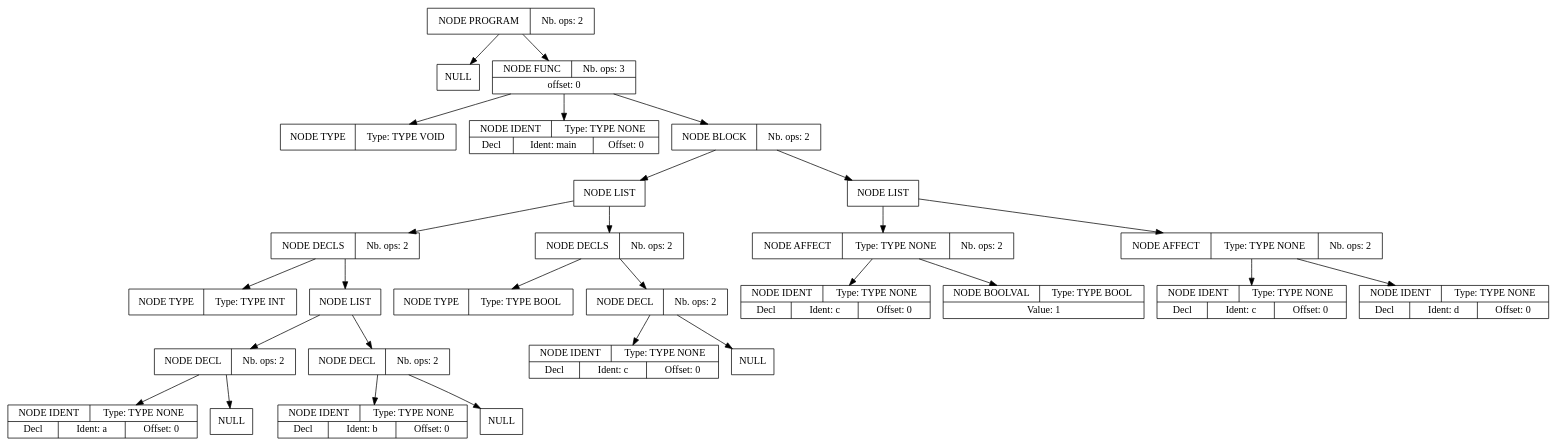
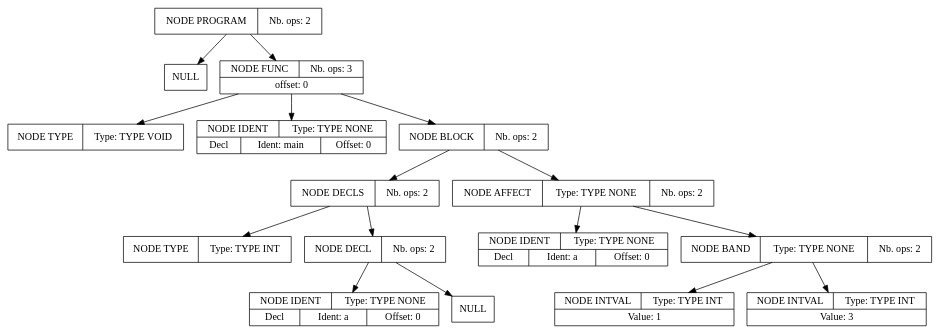
Before and after one commit to lizzidr/compilation_project: the diagram in apres_syntaxe.dot, drawn with Graphviz. The commit also changed 24 other files, not shown here.

```diff
--- a/apres_syntaxe.dot
+++ b/apres_syntaxe.dot
@@ -1,84 +1,48 @@
 digraph global_vars {
     N1 [shape=record, label="{{NODE PROGRAM|Nb. ops: 2}}"];
     N2 [shape=record, label="{{NULL}}"];
     edge[tailclip=true];
     N1 -> N2
     N3 [shape=record, label="{{NODE FUNC|Nb. ops: 3}|{offset: 0}}"];
     N4 [shape=record, label="{{NODE TYPE|Type: TYPE VOID}}"];
     edge[tailclip=true];
     N3 -> N4
     N5 [shape=record, label="{{NODE IDENT|Type: TYPE NONE}|{<decl>Decl      |Ident: main|Offset: 0}}"];
     edge[tailclip=true];
     N3 -> N5
     N6 [shape=record, label="{{NODE BLOCK|Nb. ops: 2}}"];
-    N7 [shape=record, label="{{NODE LIST}}"];
-    N8 [shape=record, label="{{NODE DECLS|Nb. ops: 2}}"];
-    N9 [shape=record, label="{{NODE TYPE|Type: TYPE INT}}"];
+    N7 [shape=record, label="{{NODE DECLS|Nb. ops: 2}}"];
+    N8 [shape=record, label="{{NODE TYPE|Type: TYPE INT}}"];
     edge[tailclip=true];
-    N8 -> N9
-    N10 [shape=record, label="{{NODE LIST}}"];
-    N11 [shape=record, label="{{NODE DECL|Nb. ops: 2}}"];
-    N12 [shape=record, label="{{NODE IDENT|Type: TYPE NONE}|{<decl>Decl      |Ident: a|Offset: 0}}"];
+    N7 -> N8
+    N9 [shape=record, label="{{NODE DECL|Nb. ops: 2}}"];
+    N10 [shape=record, label="{{NODE IDENT|Type: TYPE NONE}|{<decl>Decl      |Ident: a|Offset: 0}}"];
     edge[tailclip=true];
-    N11 -> N12
-    N13 [shape=record, label="{{NULL}}"];
+    N9 -> N10
+    N11 [shape=record, label="{{NULL}}"];
     edge[tailclip=true];
-    N11 -> N13
+    N9 -> N11
     edge[tailclip=true];
-    N10 -> N11
-    N14 [shape=record, label="{{NODE DECL|Nb. ops: 2}}"];
-    N15 [shape=record, label="{{NODE IDENT|Type: TYPE NONE}|{<decl>Decl      |Ident: b|Offset: 0}}"];
+    N7 -> N9
+    edge[tailclip=true];
+    N6 -> N7
+    N12 [shape=record, label="{{NODE AFFECT|Type: TYPE NONE|Nb. ops: 2}}"];
+    N13 [shape=record, label="{{NODE IDENT|Type: TYPE NONE}|{<decl>Decl      |Ident: a|Offset: 0}}"];
+    edge[tailclip=true];
+    N12 -> N13
+    N14 [shape=record, label="{{NODE BAND|Type: TYPE NONE|Nb. ops: 2}}"];
+    N15 [shape=record, label="{{NODE INTVAL|Type: TYPE INT}|{Value: 1}}"];
     edge[tailclip=true];
     N14 -> N15
-    N16 [shape=record, label="{{NULL}}"];
+    N16 [shape=record, label="{{NODE INTVAL|Type: TYPE INT}|{Value: 3}}"];
     edge[tailclip=true];
     N14 -> N16
     edge[tailclip=true];
-    N10 -> N14
+    N12 -> N14
     edge[tailclip=true];
-    N8 -> N10
-    edge[tailclip=true];
-    N7 -> N8
-    N17 [shape=record, label="{{NODE DECLS|Nb. ops: 2}}"];
-    N18 [shape=record, label="{{NODE TYPE|Type: TYPE BOOL}}"];
-    edge[tailclip=true];
-    N17 -> N18
-    N19 [shape=record, label="{{NODE DECL|Nb. ops: 2}}"];
-    N20 [shape=record, label="{{NODE IDENT|Type: TYPE NONE}|{<decl>Decl      |Ident: c|Offset: 0}}"];
-    edge[tailclip=true];
-    N19 -> N20
-    N21 [shape=record, label="{{NULL}}"];
-    edge[tailclip=true];
-    N19 -> N21
-    edge[tailclip=true];
-    N17 -> N19
-    edge[tailclip=true];
-    N7 -> N17
-    edge[tailclip=true];
-    N6 -> N7
-    N22 [shape=record, label="{{NODE LIST}}"];
-    N23 [shape=record, label="{{NODE AFFECT|Type: TYPE NONE|Nb. ops: 2}}"];
-    N24 [shape=record, label="{{NODE IDENT|Type: TYPE NONE}|{<decl>Decl      |Ident: c|Offset: 0}}"];
-    edge[tailclip=true];
-    N23 -> N24
-    N25 [shape=record, label="{{NODE BOOLVAL|Type: TYPE BOOL}|{Value: 1}}"];
-    edge[tailclip=true];
-    N23 -> N25
-    edge[tailclip=true];
-    N22 -> N23
-    N26 [shape=record, label="{{NODE AFFECT|Type: TYPE NONE|Nb. ops: 2}}"];
-    N27 [shape=record, label="{{NODE IDENT|Type: TYPE NONE}|{<decl>Decl      |Ident: c|Offset: 0}}"];
-    edge[tailclip=true];
-    N26 -> N27
-    N28 [shape=record, label="{{NODE IDENT|Type: TYPE NONE}|{<decl>Decl      |Ident: d|Offset: 0}}"];
-    edge[tailclip=true];
-    N26 -> N28
-    edge[tailclip=true];
-    N22 -> N26
-    edge[tailclip=true];
-    N6 -> N22
+    N6 -> N12
     edge[tailclip=true];
     N3 -> N6
     edge[tailclip=true];
     N1 -> N3
 }
```
